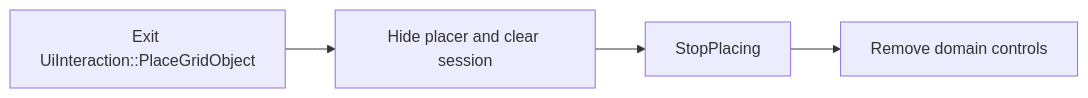
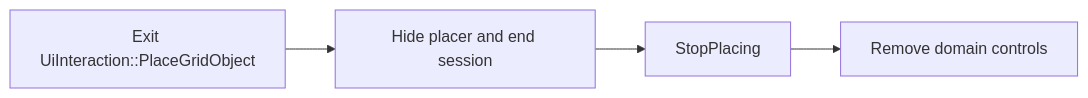
One commit to Arrekin/dark-wisps-defence changed the fifth of 5 diagrams in documentation/architecture/grid_placer.md. Above: the diagram before and after it, drawn with Mermaid. The commit also changed other lines of this file and 33 other files, not shown here.

````diff
--- a/documentation/architecture/grid_placer.md
+++ b/documentation/architecture/grid_placer.md
@@ -131,4 +150,4 @@
 ```mermaid
 flowchart LR
-    exit["Exit UiInteraction::PlaceGridObject"] --> hide["Hide placer and clear session"] --> stop["StopPlacing"] --> cleanup["Remove domain controls"]
+    exit["Exit UiInteraction::PlaceGridObject"] --> hide["Hide placer and end session"] --> stop["StopPlacing"] --> cleanup["Remove domain controls"]
 ```
````
